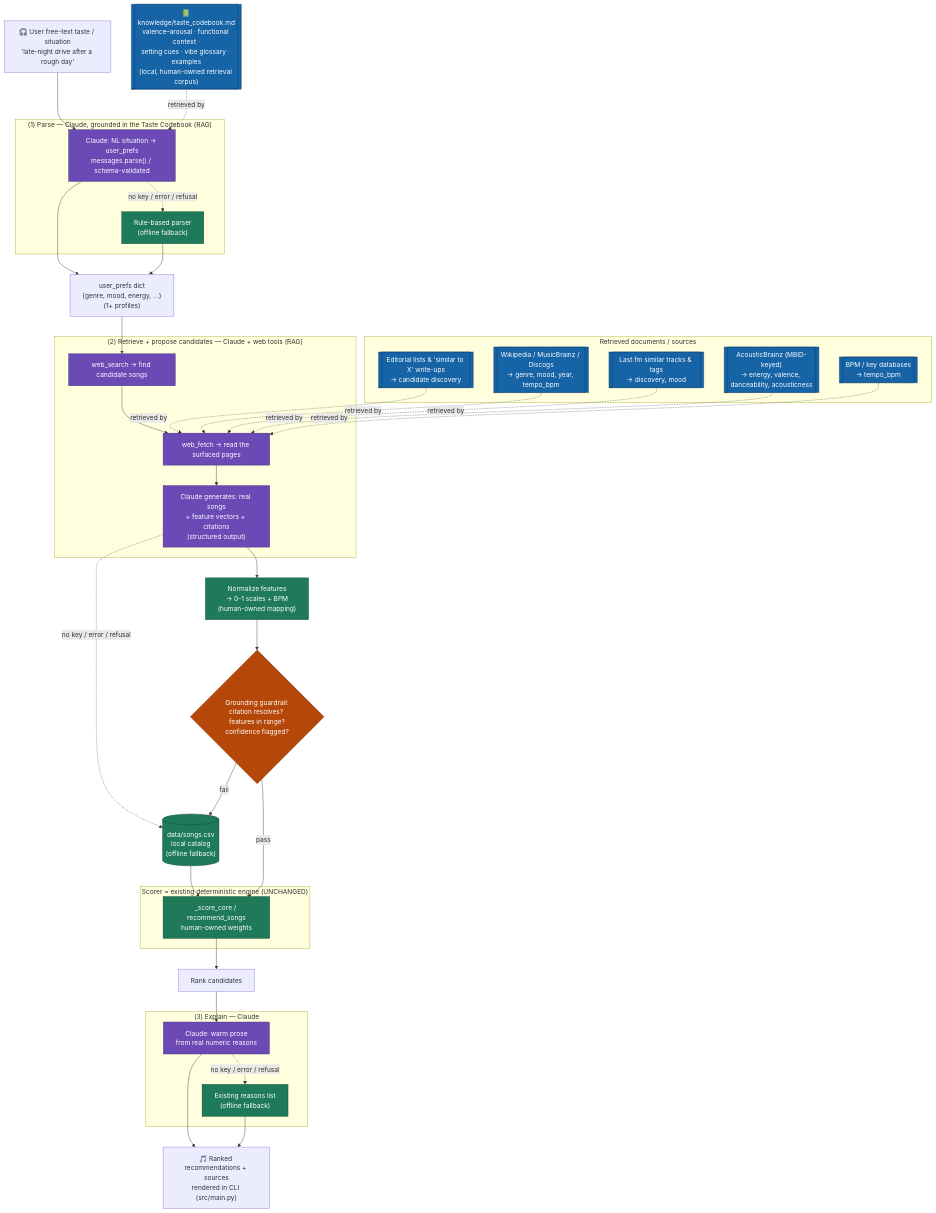
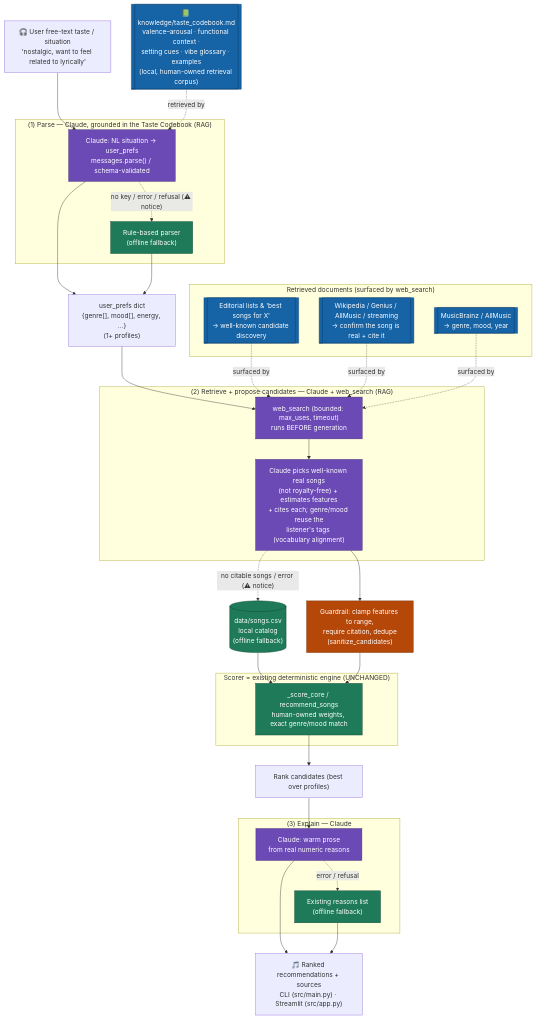
One commit to raul-rojor/RAG-integrated-system-project changed the diagram in diagrams/rag_flow.mmd. Above: the diagram before and after it, drawn with Mermaid. The commit also changed 6 other files, not shown here.

First line of the commit message:
Add Streamlit UI and harden the AI/RAG path

```diff
--- a/diagrams/rag_flow.mmd
+++ b/diagrams/rag_flow.mmd
@@ -1,88 +1,78 @@
-%% Music Matcher — RAG integration flow (web-retrieval design)
+%% Music Matcher — RAG integration flow (as implemented)
 %% Two grounded retrievals:
 %%   (A) local Taste Codebook grounds the NL -> user_prefs parse step
-%%   (B) web/music-data documents ground the candidate-song generation step
+%%   (B) web_search grounds WHICH real, well-known songs are chosen (each cited); features are the model's estimate
 %% The generated candidate set feeds the UNCHANGED deterministic scorer.
-%% Every AI step degrades to the deterministic path over the local catalog (offline fallback).
+%% AI mode uses a fixed model (claude-haiku-4-5); every AI step degrades to the offline catalog path.
 
 flowchart TD
-    U["🎧 User free-text taste / situation<br/>'late-night drive after a rough day'"]
+    U["🎧 User free-text taste / situation<br/>'nostalgic, want to feel related to lyrically'"]
 
     subgraph PARSE["(1) Parse — Claude, grounded in the Taste Codebook (RAG)"]
         LLM1["Claude: NL situation → user_prefs<br/>messages.parse() / schema-validated"]
         RULES["Rule-based parser<br/>(offline fallback)"]
     end
 
     CODEBOOK[["📗 knowledge/taste_codebook.md<br/>valence–arousal · functional context ·<br/>setting cues · vibe glossary · examples<br/>(local, human-owned retrieval corpus)"]]
 
-    PREFS["user_prefs dict<br/>{genre, mood, energy, ...}<br/>(1+ profiles)"]
+    PREFS["user_prefs dict<br/>{genre[], mood[], energy, ...}<br/>(1+ profiles)"]
 
-    subgraph RAG["(2) Retrieve + propose candidates — Claude + web tools (RAG)"]
-        WS["web_search → find candidate songs"]
-        WF["web_fetch → read the surfaced pages"]
-        GEN["Claude generates: real songs<br/>+ feature vectors + citations<br/>(structured output)"]
+    subgraph RAG["(2) Retrieve + propose candidates — Claude + web_search (RAG)"]
+        WS["web_search (bounded: max_uses, timeout)<br/>runs BEFORE generation"]
+        GEN["Claude picks well-known real songs<br/>(not royalty-free) + estimates features<br/>+ cites each; genre/mood reuse the<br/>listener's tags (vocabulary alignment)"]
     end
 
-    subgraph DOCS["Retrieved documents / sources"]
-        ED[["Editorial lists &amp; 'similar to X' write-ups<br/>→ candidate discovery"]]
-        META[["Wikipedia / MusicBrainz / Discogs<br/>→ genre, mood, year, tempo_bpm"]]
-        LFM[["Last.fm similar tracks &amp; tags<br/>→ discovery, mood"]]
-        AB[["AcousticBrainz (MBID-keyed)<br/>→ energy, valence, danceability, acousticness"]]
-        BPM[["BPM / key databases<br/>→ tempo_bpm"]]
+    subgraph DOCS["Retrieved documents (surfaced by web_search)"]
+        ED[["Editorial lists &amp; 'best songs for X'<br/>→ well-known candidate discovery"]]
+        VER[["Wikipedia / Genius / AllMusic / streaming<br/>→ confirm the song is real + cite it"]]
+        META[["MusicBrainz / AllMusic<br/>→ genre, mood, year"]]
     end
 
-    NORM["Normalize features<br/>→ 0-1 scales + BPM<br/>(human-owned mapping)"]
-
-    GUARD{"Grounding guardrail:<br/>citation resolves? features in range?<br/>confidence flagged?"}
+    NORM["Guardrail: clamp features to range,<br/>require citation, dedupe<br/>(sanitize_candidates)"]
 
     subgraph RETRIEVE["Scorer = existing deterministic engine (UNCHANGED)"]
-        SCORE["_score_core / recommend_songs<br/>human-owned weights"]
+        SCORE["_score_core / recommend_songs<br/>human-owned weights, exact genre/mood match"]
     end
 
     LOCAL[("data/songs.csv<br/>local catalog<br/>(offline fallback)")]
 
-    RANK["Rank candidates"]
+    RANK["Rank candidates (best over profiles)"]
 
     subgraph EXPLAIN["(3) Explain — Claude"]
         LLM3["Claude: warm prose<br/>from real numeric reasons"]
         REASONS["Existing reasons list<br/>(offline fallback)"]
     end
 
-    OUT["🎵 Ranked recommendations + sources<br/>rendered in CLI (src/main.py)"]
+    OUT["🎵 Ranked recommendations + sources<br/>CLI (src/main.py) · Streamlit (src/app.py)"]
 
     U --> LLM1
     CODEBOOK -. retrieved by .-> LLM1
-    LLM1 -. "no key / error / refusal" .-> RULES
+    LLM1 -. "no key / error / refusal (⚠ notice)" .-> RULES
     LLM1 --> PREFS
     RULES --> PREFS
 
     PREFS --> WS
-    WS --> WF
-    WF --> GEN
-    ED -. retrieved by .-> WF
-    META -. retrieved by .-> WF
-    LFM -. retrieved by .-> WF
-    AB -. retrieved by .-> WF
-    BPM -. retrieved by .-> WF
+    WS --> GEN
+    ED -. surfaced by .-> WS
+    VER -. surfaced by .-> WS
+    META -. surfaced by .-> WS
     GEN --> NORM
-    NORM --> GUARD
 
-    GEN -. "no key / error / refusal" .-> LOCAL
+    GEN -. "no citable songs / error (⚠ notice)" .-> LOCAL
     LOCAL --> SCORE
 
-    GUARD -- pass --> SCORE
-    GUARD -- fail --> LOCAL
+    NORM --> SCORE
     SCORE --> RANK
     RANK --> LLM3
     LLM3 --> OUT
-    LLM3 -. "no key / error / refusal" .-> REASONS
+    LLM3 -. "error / refusal" .-> REASONS
     REASONS --> OUT
 
     classDef ai fill:#6C4AB6,stroke:#3d2a70,color:#fff;
     classDef det fill:#1F7A5A,stroke:#0f4433,color:#fff;
     classDef guard fill:#B54708,stroke:#6e2c05,color:#fff;
     classDef doc fill:#1663A6,stroke:#0c3a63,color:#fff;
-    class LLM1,LLM3,WS,WF,GEN ai;
+    class LLM1,LLM3,WS,GEN ai;
     class SCORE,RULES,REASONS,NORM,LOCAL det;
-    class GUARD guard;
-    class ED,META,LFM,AB,BPM,CODEBOOK doc;
+    class NORM guard;
+    class ED,VER,META,CODEBOOK doc;
```
